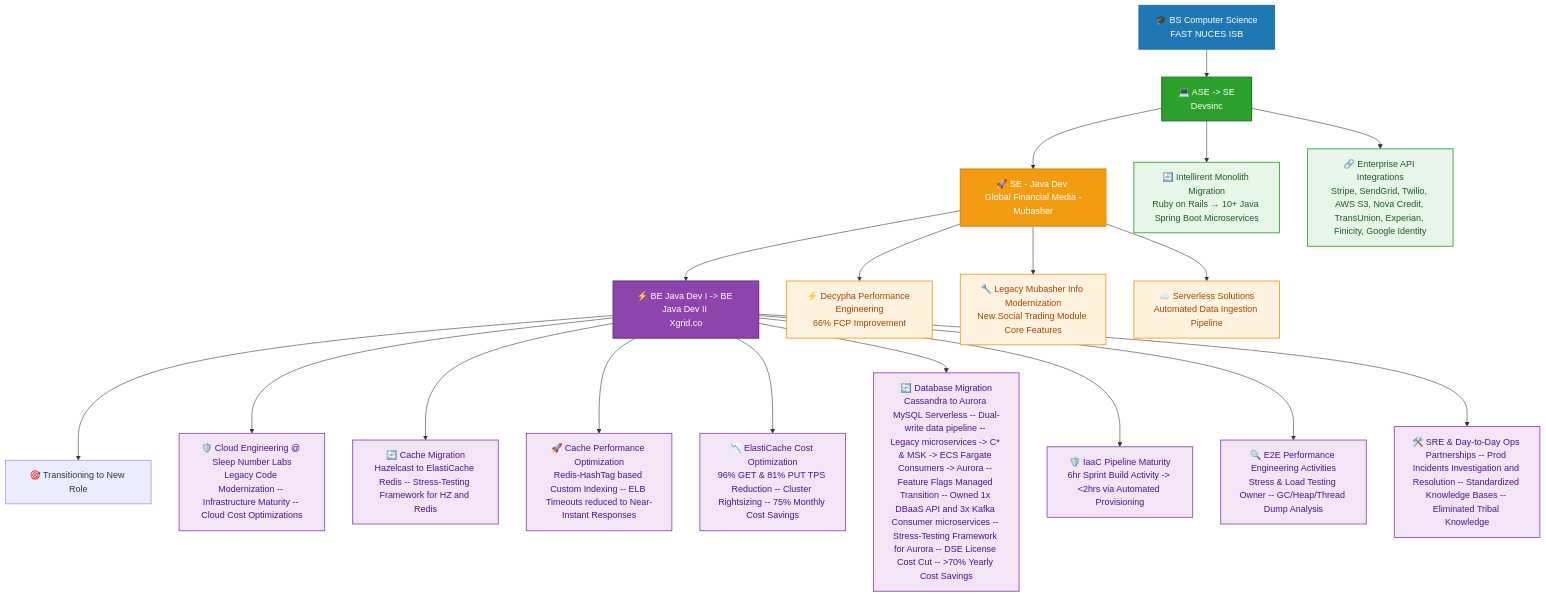
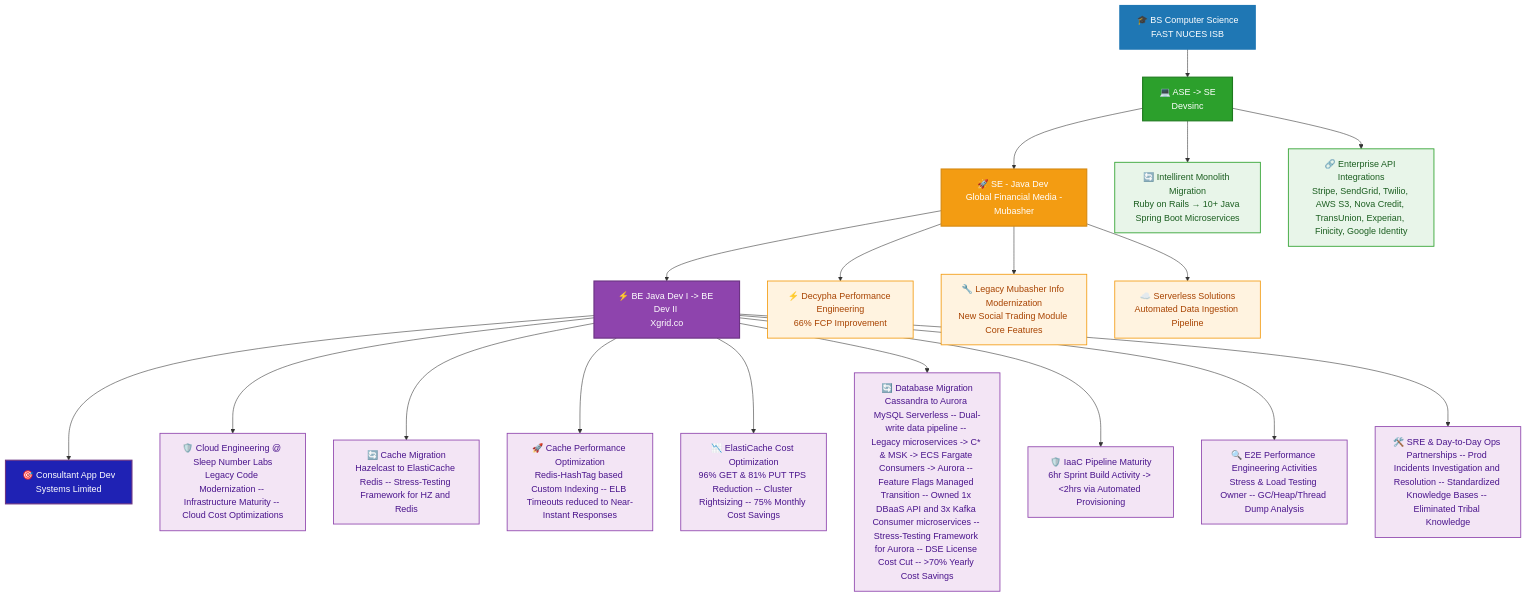
The diagram in README.md (khawaja-abdullah/khawaja-abdullah), drawn with Mermaid before and after one commit. The commit also changed other lines of this file, not shown here.

````diff
--- a/README.md
+++ b/README.md
@@ -152,52 +152,53 @@
 ```mermaid
 flowchart TD
     A[🎓 BS Computer Science<br/>FAST NUCES ISB] --> B[💻 ASE -> SE <br/>Devsinc]
     B --> C[🚀 SE - Java Dev <br/> Global Financial Media - Mubasher]
-    C --> D[⚡ BE Java Dev I -> BE Java Dev II <br/>Xgrid.co]
-    D --> E[🎯 Transitioning to New Role]
+    C --> D[⚡ BE Java Dev I -> BE Dev II <br/>Xgrid.co]
+    D --> E[🎯 Consultant App Dev <br/> Systems Limited]
     
     %% DEVSINC / INTELLIRENT
     B --> B1[🔄 Intellirent Monolith Migration<br/>Ruby on Rails → 10+ Java Spring Boot Microservices]
     B --> B2[🔗 Enterprise API Integrations<br/>Stripe, SendGrid, Twilio, AWS S3, Nova Credit, TransUnion, Experian, Finicity, Google Identity]
     
     %% GLOBAL FINALICAL MEDIA | MUBASHER / DECYPHA, MUBASHER INFO
     C --> C1[⚡ Decypha Performance Engineering<br/>66% FCP Improvement]
     C --> C2[🔧 Legacy Mubasher Info Modernization<br/>New Social Trading Module Core Features]
     C --> C3[☁️ Serverless Solutions<br/>Automated Data Ingestion Pipeline]
     
     %% XGRID / SLEEP NUMBER
     D --> D1[🛡️ Cloud Engineering @ Sleep Number Labs<br/>Legacy Code Modernization -- Infrastructure Maturity -- Cloud Cost Optimizations]
     D --> D2[🔄 Cache Migration<br/>Hazelcast to ElastiCache Redis -- Stress-Testing Framework for HZ and Redis]
     D --> D3[🚀 Cache Performance Optimization<br/>Redis-HashTag based Custom Indexing -- ELB Timeouts reduced to Near-Instant Responses]
     D --> D4[📉 ElastiCache Cost Optimization<br/>96% GET & 81% PUT TPS Reduction -- Cluster Rightsizing -- 75% Monthly Cost Savings]
     D --> D5[🔄 Database Migration<br/>Cassandra to Aurora MySQL Serverless -- Dual-write data pipeline -- Legacy microservices -> C* & MSK -> ECS Fargate Consumers -> Aurora -- Feature Flags Managed Transition -- Owned 1x DBaaS API and 3x Kafka Consumer microservices -- Stress-Testing Framework for Aurora -- DSE License Cost Cut -- >70% Yearly Cost Savings]
     D --> D6[🛡️ IaaC Pipeline Maturity<br/>6hr Sprint Build Activity -> <2hrs via Automated Provisioning]
     D --> D7[🔍 E2E Performance Engineering Activities<br/>Stress & Load Testing Owner -- GC/Heap/Thread Dump Analysis]
     D --> D8[🛠️ SRE & Day-to-Day Ops Partnerships -- Prod Incidents Investigation and Resolution -- Standardized Knowledge Bases -- Eliminated Tribal Knowledge]
 
     %% Main Nodes
     style A fill:#1F77B4,stroke:#1F77B4,stroke-width:2px,color:#ffffff
     style B fill:#2CA02C,stroke:#1E7A1E,stroke-width:2px,color:#ffffff
     style C fill:#F39C12,stroke:#D68910,stroke-width:2px,color:#ffffff
     style D fill:#8E44AD,stroke:#6C3483,stroke-width:2px,color:#ffffff
+    style E fill:#1F22B4,stroke:#6C3483,stroke-width:2px,color:#ffffff
 
     %% Devsinc Nodes
     style B1 fill:#E8F5E9,stroke:#2CA02C,stroke-width:1.5px,color:#1B5E20
     style B2 fill:#E8F5E9,stroke:#2CA02C,stroke-width:1.5px,color:#1B5E20
 
     %% Mubasher Nodes
     style C1 fill:#FFF3E0,stroke:#F39C12,stroke-width:1.5px,color:#A84300
     style C2 fill:#FFF3E0,stroke:#F39C12,stroke-width:1.5px,color:#A84300
     style C3 fill:#FFF3E0,stroke:#F39C12,stroke-width:1.5px,color:#A84300
 
     %% Xgrid Nodes
     style D1 fill:#F3E5F5,stroke:#8E44AD,stroke-width:1.5px,color:#4A148C
     style D2 fill:#F3E5F5,stroke:#8E44AD,stroke-width:1.5px,color:#4A148C
     style D3 fill:#F3E5F5,stroke:#8E44AD,stroke-width:1.5px,color:#4A148C
     style D4 fill:#F3E5F5,stroke:#8E44AD,stroke-width:1.5px,color:#4A148C
     style D5 fill:#F3E5F5,stroke:#8E44AD,stroke-width:1.5px,color:#4A148C
     style D6 fill:#F3E5F5,stroke:#8E44AD,stroke-width:1.5px,color:#4A148C
     style D7 fill:#F3E5F5,stroke:#8E44AD,stroke-width:1.5px,color:#4A148C
     style D8 fill:#F3E5F5,stroke:#8E44AD,stroke-width:1.5px,color:#4A148C
 
 ```
````
